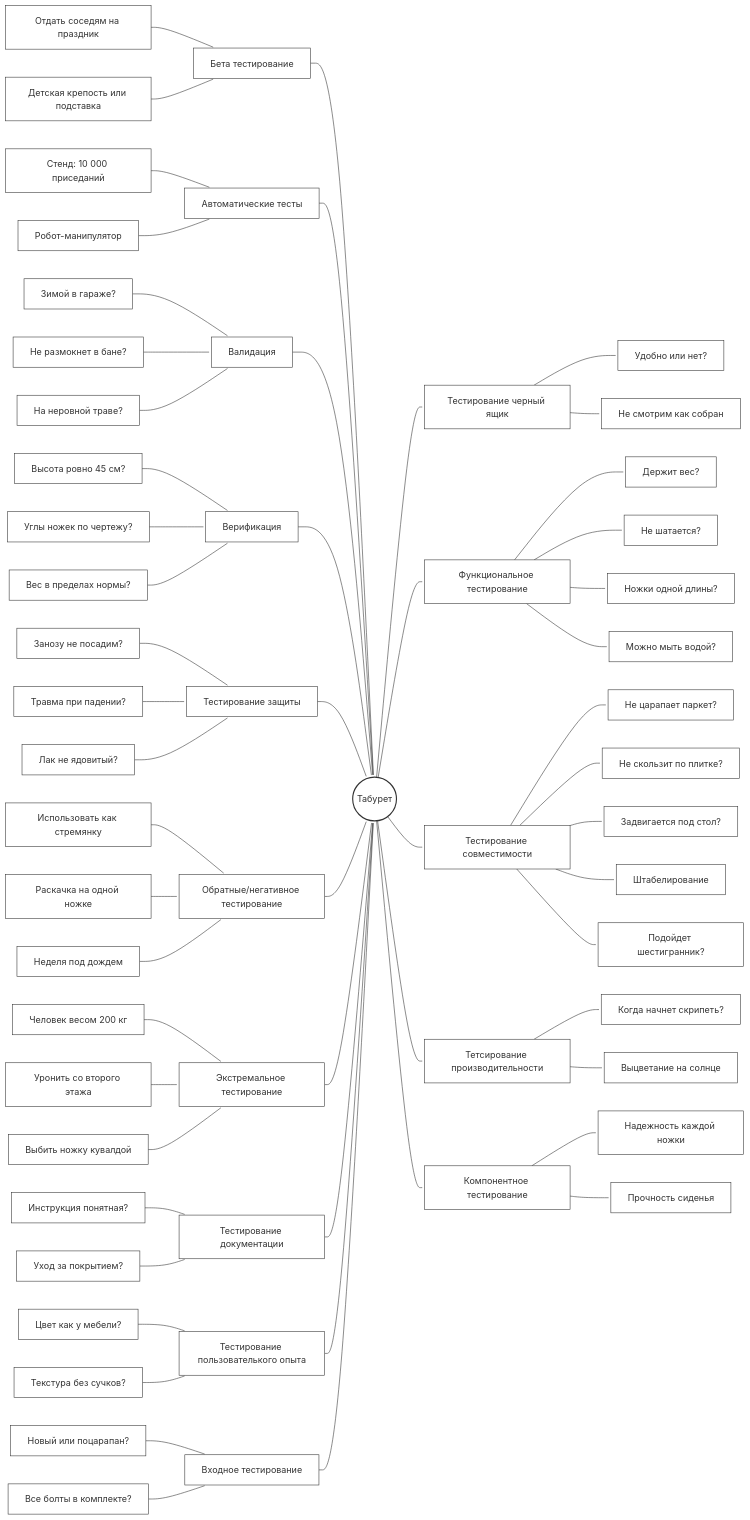
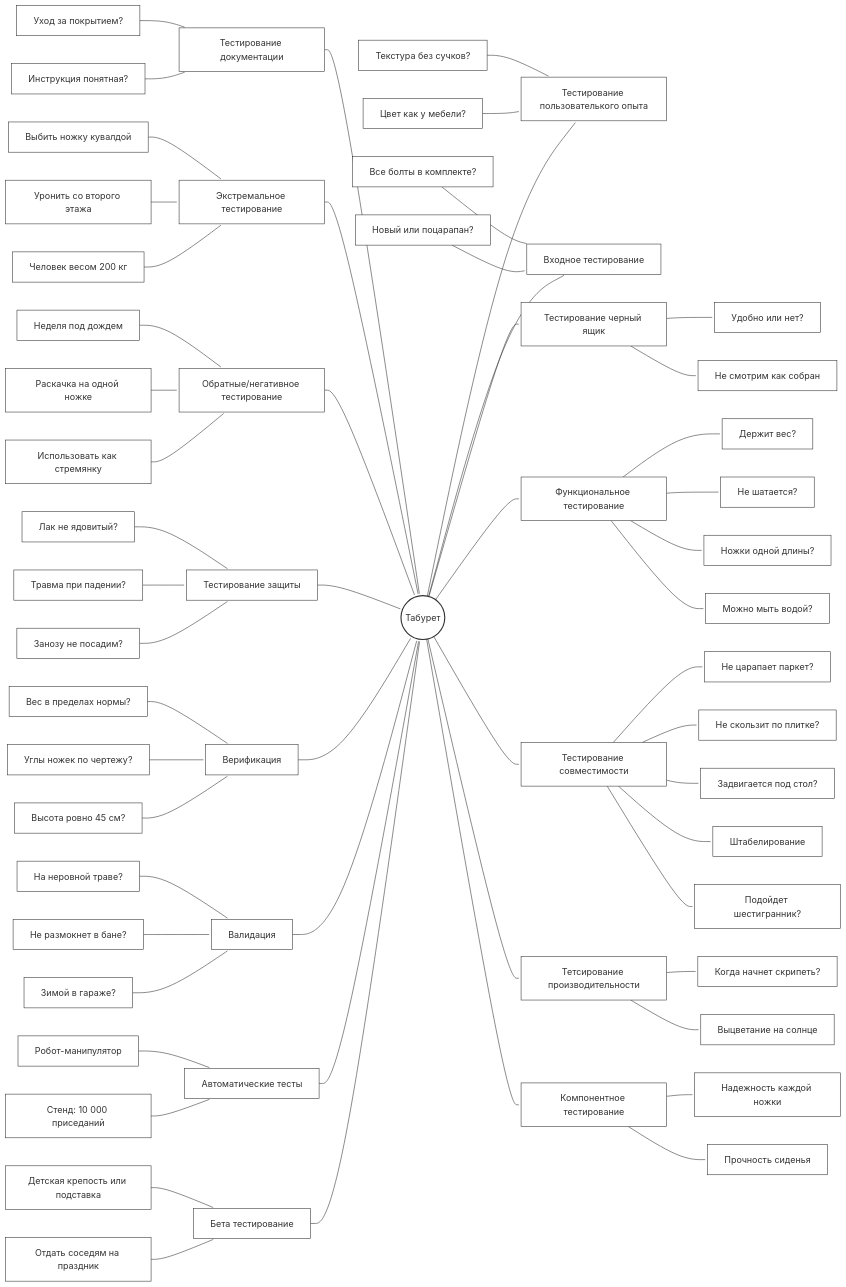
The diagram in lr_4.md (Kolya1222/gui2), drawn with Mermaid before and after one commit.

````diff
--- a/lr_4.md
+++ b/lr_4.md
@@ -3,81 +3,81 @@
 ```mermaid
 graph LR
     Root((Табурет))
 
     Beta[Бета тестирование] --> Root
     Auto[Автоматические тесты] --> Root
     Val[Валидация] --> Root
     Ver[Верификация] --> Root
     Sec[Тестирование защиты] --> Root
     Neg[Обратные/негативное тестирование] --> Root
     Stress[Экстремальное тестирование] --> Root
     Doc[Тестирование документации] --> Root
-    UI[Тестирование пользователького опыта] --> Root
-    Entry[Входное тестирование] --> Root
 
+    Root --> UI[Тестирование пользователького опыта]
+    Root --> Entry[Входное тестирование]
     Root --> BB[Тестирование черный ящик]
     Root --> Func[Функциональное тестирование]
     Root --> Comp[Тестирование совместимости]
     Root --> Perf[Тетсирование производительности]
     Root --> CompT[Компонентное тестирование]
 
     B1[Отдать соседям на праздник] --> Beta
     B2[Детская крепость или подставка] --> Beta
     
     A1[Стенд: 10 000 приседаний] --> Auto
     A2[Робот-манипулятор] --> Auto
     
     V1[Зимой в гараже?] --> Val
     V2[Не размокнет в бане?] --> Val
     V3[На неровной траве?] --> Val
     
     Vr1[Высота ровно 45 см?] --> Ver
     Vr2[Углы ножек по чертежу?] --> Ver
     Vr3[Вес в пределах нормы?] --> Ver
     
     S1[Занозу не посадим?] --> Sec
     S2[Травма при падении?] --> Sec
     S3[Лак не ядовитый?] --> Sec
     
     N1[Использовать как стремянку] --> Neg
     N2[Раскачка на одной ножке] --> Neg
     N3[Неделя под дождем] --> Neg
     
     St1[Человек весом 200 кг] --> Stress
     St2[Уронить со второго этажа] --> Stress
     St3[Выбить ножку кувалдой] --> Stress
     
     D1[Инструкция понятная?] --> Doc
     D2[Уход за покрытием?] --> Doc
     
     U1[Цвет как у мебели?] --> UI
     U2[Текстура без сучков?] --> UI
     
     E1[Новый или поцарапан?] --> Entry
     E2[Все болты в комплекте?] --> Entry
 
     BB --> BB1[Удобно или нет?]
     BB --> BB2[Не смотрим как собран]
     
     Func --> F1[Держит вес?]
     Func --> F2[Не шатается?]
     Func --> F3[Ножки одной длины?]
     Func --> F4[Можно мыть водой?]
     
     Comp --> C1[Не царапает паркет?]
     Comp --> C2[Не скользит по плитке?]
     Comp --> C3[Задвигается под стол?]
     Comp --> C4[Штабелирование]
     Comp --> C5[Подойдет шестигранник?]
     
     Perf --> P1[Когда начнет скрипеть?]
     Perf --> P2[Выцветание на солнце]
     
     CompT --> CT1[Надежность каждой ножки]
     CompT --> CT2[Прочность сиденья]
 
     linkStyle default interpolate basis stroke:#333,stroke-width:1px,marker-end:none;
     classDef default fill:#fff,stroke:#333,stroke-width:1px;
     classDef root fill:#fff,stroke:#333,stroke-width:2px,font-size:16px;
     class Root root;
 ```
````
